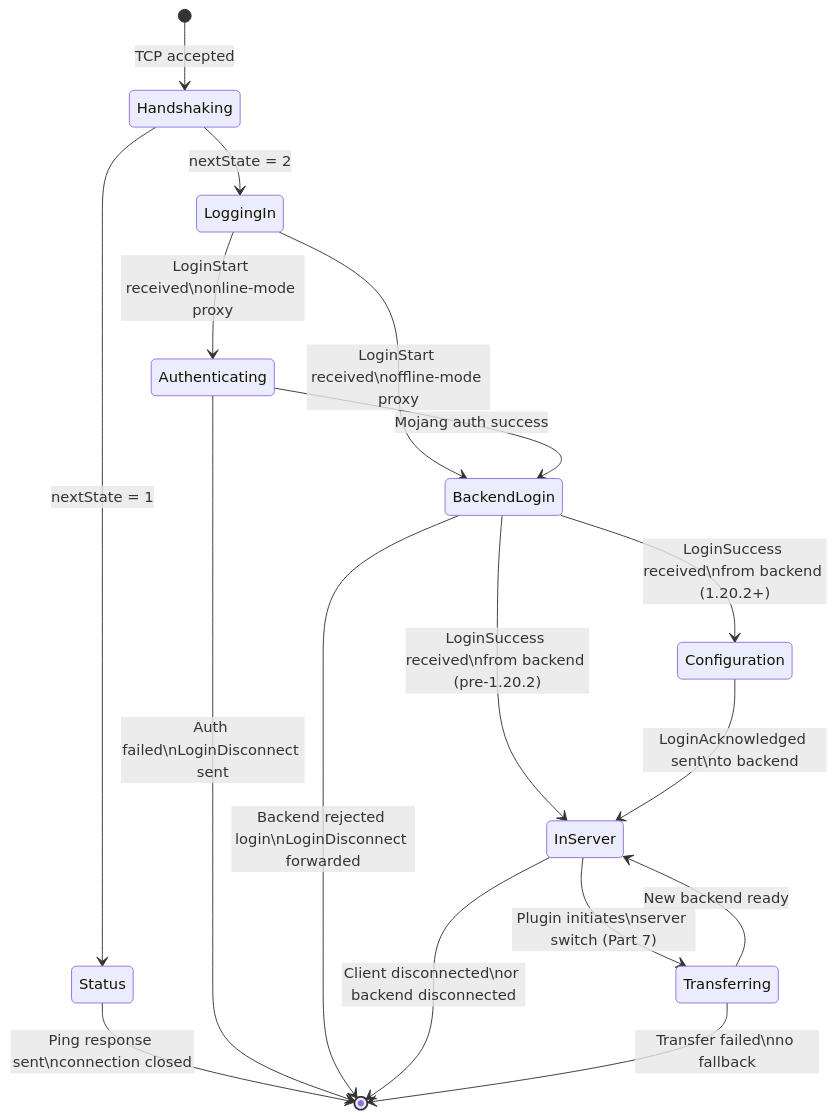
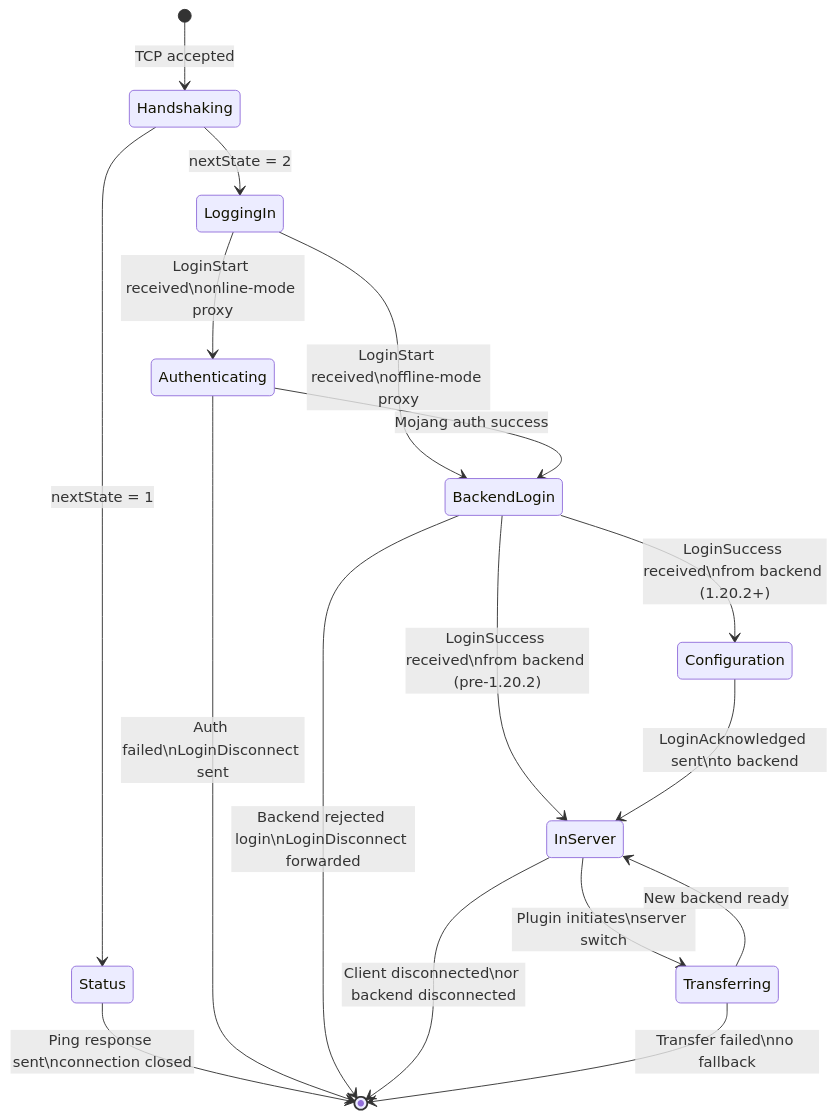
The first of 4 diagrams in docs/architecture/player-state-machine.rst (Earth1283/Vector), drawn with Mermaid before and after one commit. The commit also changed other lines of this file and 11 other files, not shown here.

```diff
--- a/docs/architecture/player-state-machine.rst
+++ b/docs/architecture/player-state-machine.rst
@@ -11,27 +11,27 @@
 .. mermaid::
 
    stateDiagram-v2
        [*] --> Handshaking : TCP accepted
 
        Handshaking --> Status : nextState = 1
        Handshaking --> LoggingIn : nextState = 2
 
        Status --> [*] : Ping response sent\nconnection closed
 
        LoggingIn --> Authenticating : LoginStart received\nonline-mode proxy
        LoggingIn --> BackendLogin : LoginStart received\noffline-mode proxy
 
        Authenticating --> BackendLogin : Mojang auth success
        Authenticating --> [*] : Auth failed\nLoginDisconnect sent
 
        BackendLogin --> Configuration : LoginSuccess received\nfrom backend (1.20.2+)
        BackendLogin --> InServer : LoginSuccess received\nfrom backend (pre-1.20.2)
        BackendLogin --> [*] : Backend rejected login\nLoginDisconnect forwarded
 
        Configuration --> InServer : LoginAcknowledged sent\nto backend
 
-       InServer --> Transferring : Plugin initiates\nserver switch (Part 7)
+       InServer --> Transferring : Plugin initiates\nserver switch
        InServer --> [*] : Client disconnected\nor backend disconnected
 
        Transferring --> InServer : New backend ready
        Transferring --> [*] : Transfer failed\nno fallback
```
